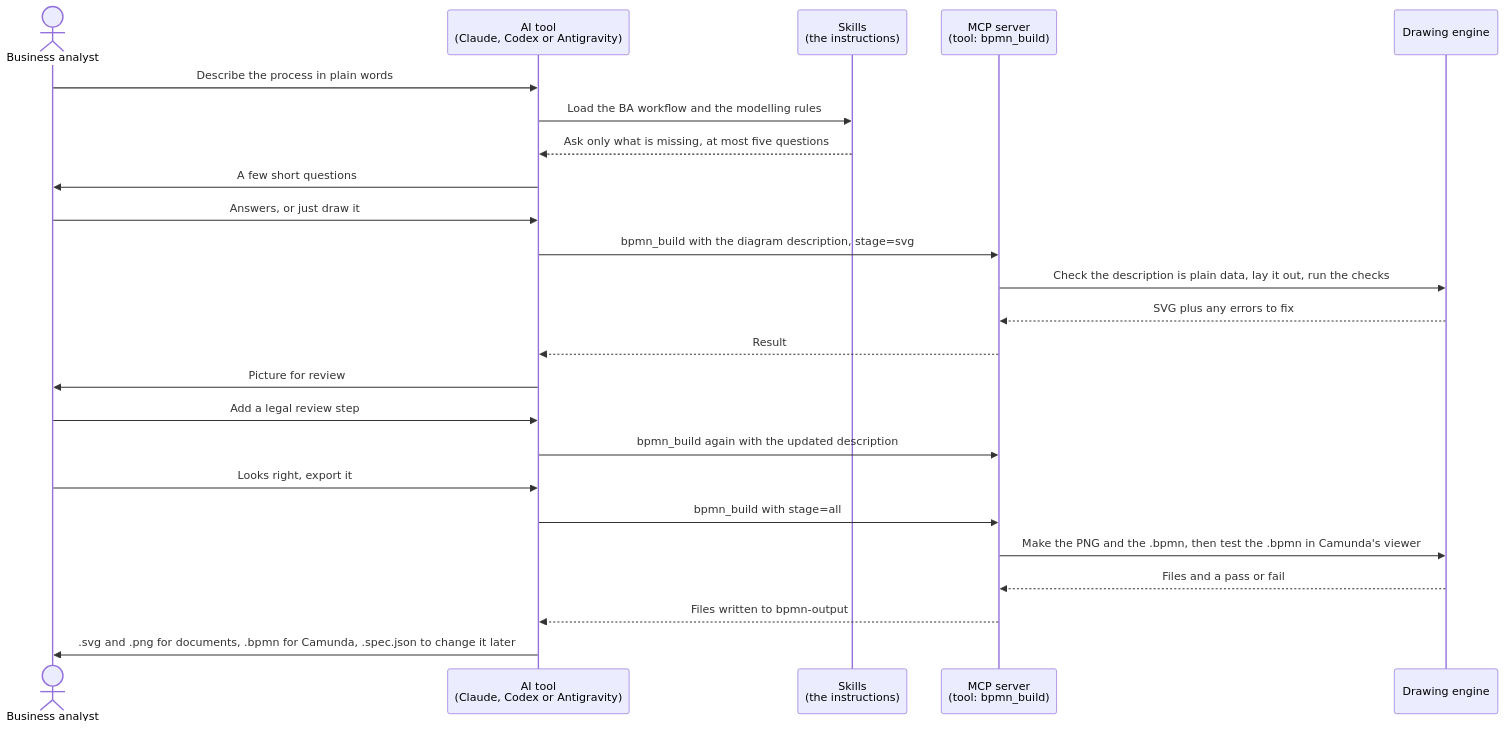
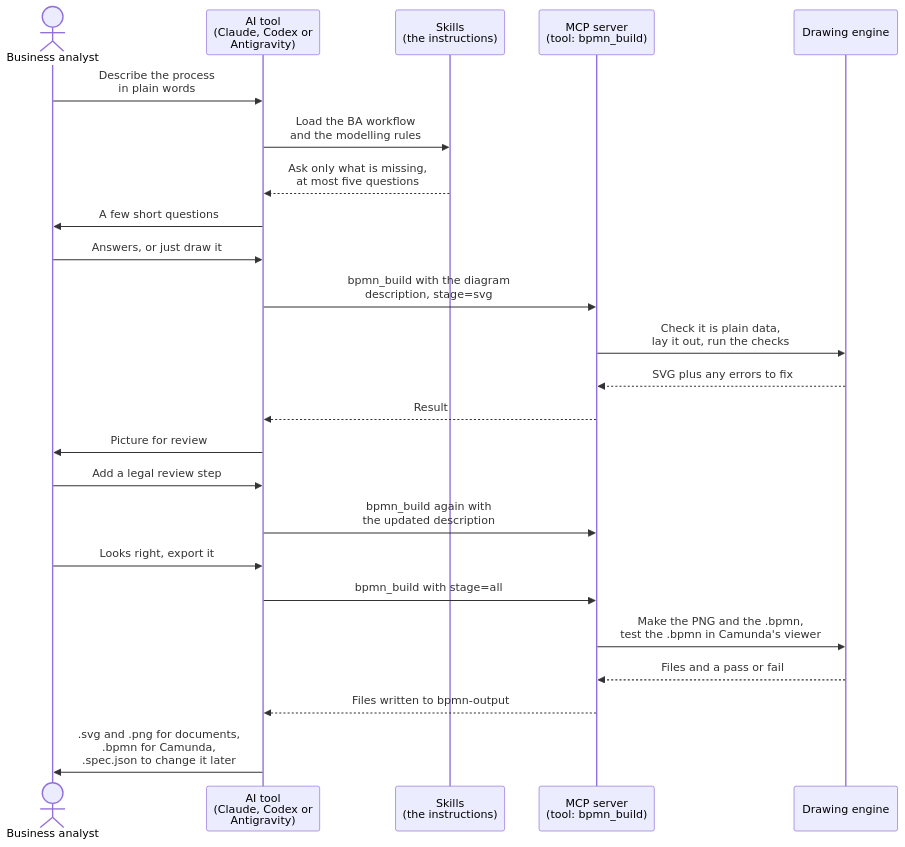
One commit to DatNguyen998/ba-bpmn changed the diagram in docs/diagrams/how-it-works-ba.mmd. Above: the diagram before and after it, drawn with Mermaid. The commit also changed 8 other files, not shown here.

```diff
--- a/docs/diagrams/how-it-works-ba.mmd
+++ b/docs/diagrams/how-it-works-ba.mmd
@@ -1,24 +1,24 @@
 sequenceDiagram
     actor BA as Business analyst
-    participant AI as AI tool<br/>(Claude, Codex or Antigravity)
+    participant AI as AI tool<br/>(Claude, Codex or<br/>Antigravity)
     participant Skill as Skills<br/>(the instructions)
     participant MCP as MCP server<br/>(tool: bpmn_build)
     participant Eng as Drawing engine
-    BA->>AI: Describe the process in plain words
-    AI->>Skill: Load the BA workflow and the modelling rules
-    Skill-->>AI: Ask only what is missing, at most five questions
+    BA->>AI: Describe the process<br/>in plain words
+    AI->>Skill: Load the BA workflow<br/>and the modelling rules
+    Skill-->>AI: Ask only what is missing,<br/>at most five questions
     AI->>BA: A few short questions
     BA->>AI: Answers, or just draw it
-    AI->>MCP: bpmn_build with the diagram description, stage=svg
-    MCP->>Eng: Check the description is plain data, lay it out, run the checks
+    AI->>MCP: bpmn_build with the diagram<br/>description, stage=svg
+    MCP->>Eng: Check it is plain data,<br/>lay it out, run the checks
     Eng-->>MCP: SVG plus any errors to fix
     MCP-->>AI: Result
     AI->>BA: Picture for review
     BA->>AI: Add a legal review step
-    AI->>MCP: bpmn_build again with the updated description
+    AI->>MCP: bpmn_build again with<br/>the updated description
     BA->>AI: Looks right, export it
     AI->>MCP: bpmn_build with stage=all
-    MCP->>Eng: Make the PNG and the .bpmn, then test the .bpmn in Camunda's viewer
+    MCP->>Eng: Make the PNG and the .bpmn,<br/>test the .bpmn in Camunda's viewer
     Eng-->>MCP: Files and a pass or fail
     MCP-->>AI: Files written to bpmn-output
-    AI->>BA: .svg and .png for documents, .bpmn for Camunda, .spec.json to change it later
+    AI->>BA: .svg and .png for documents,<br/>.bpmn for Camunda,<br/>.spec.json to change it later
```
